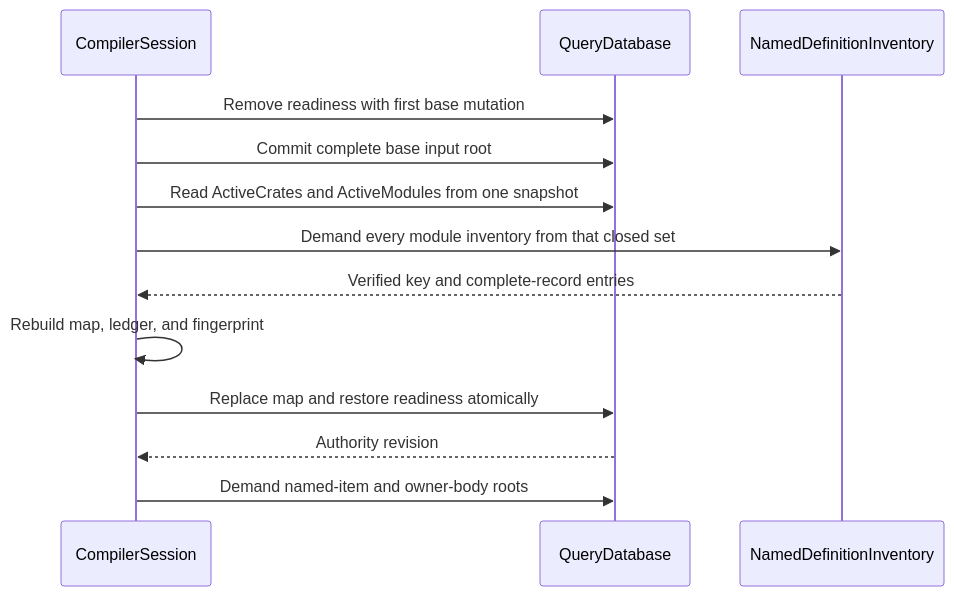
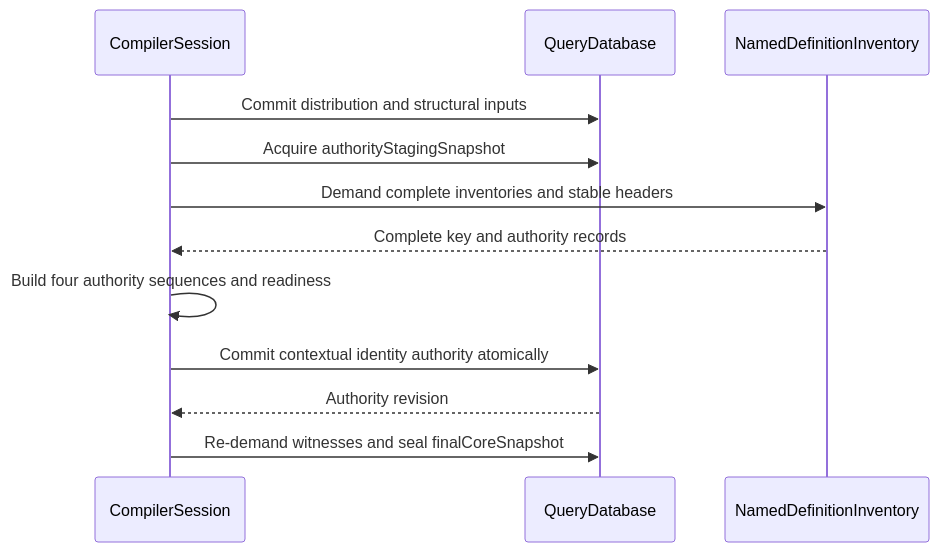
The second of 2 diagrams in docs/rfc/0020-active-definition-authority-projection.md (Zzzode/ZOM), drawn with Mermaid before and after one commit. The commit also changed other lines of this file and 47 other files, not shown here.

````diff
--- a/docs/rfc/0020-active-definition-authority-projection.md
+++ b/docs/rfc/0020-active-definition-authority-projection.md
@@ -346,15 +305,14 @@
 ```mermaid
 sequenceDiagram
     participant S as CompilerSession
     participant Q as QueryDatabase
     participant I as NamedDefinitionInventory
-    S->>Q: Remove readiness with first base mutation
-    S->>Q: Commit complete base input root
-    S->>Q: Read ActiveCrates and ActiveModules from one snapshot
-    S->>I: Demand every module inventory from that closed set
-    I-->>S: Verified key and complete-record entries
-    S->>S: Rebuild map, ledger, and fingerprint
-    S->>Q: Replace map and restore readiness atomically
+    S->>Q: Commit distribution and structural inputs
+    S->>Q: Acquire authorityStagingSnapshot
+    S->>I: Demand complete inventories and stable headers
+    I-->>S: Complete key and authority records
+    S->>S: Build four authority sequences and readiness
+    S->>Q: Commit contextual identity authority atomically
     Q-->>S: Authority revision
-    S->>Q: Demand named-item and owner-body roots
+    S->>Q: Re-demand witnesses and seal finalCoreSnapshot
 ```
````
